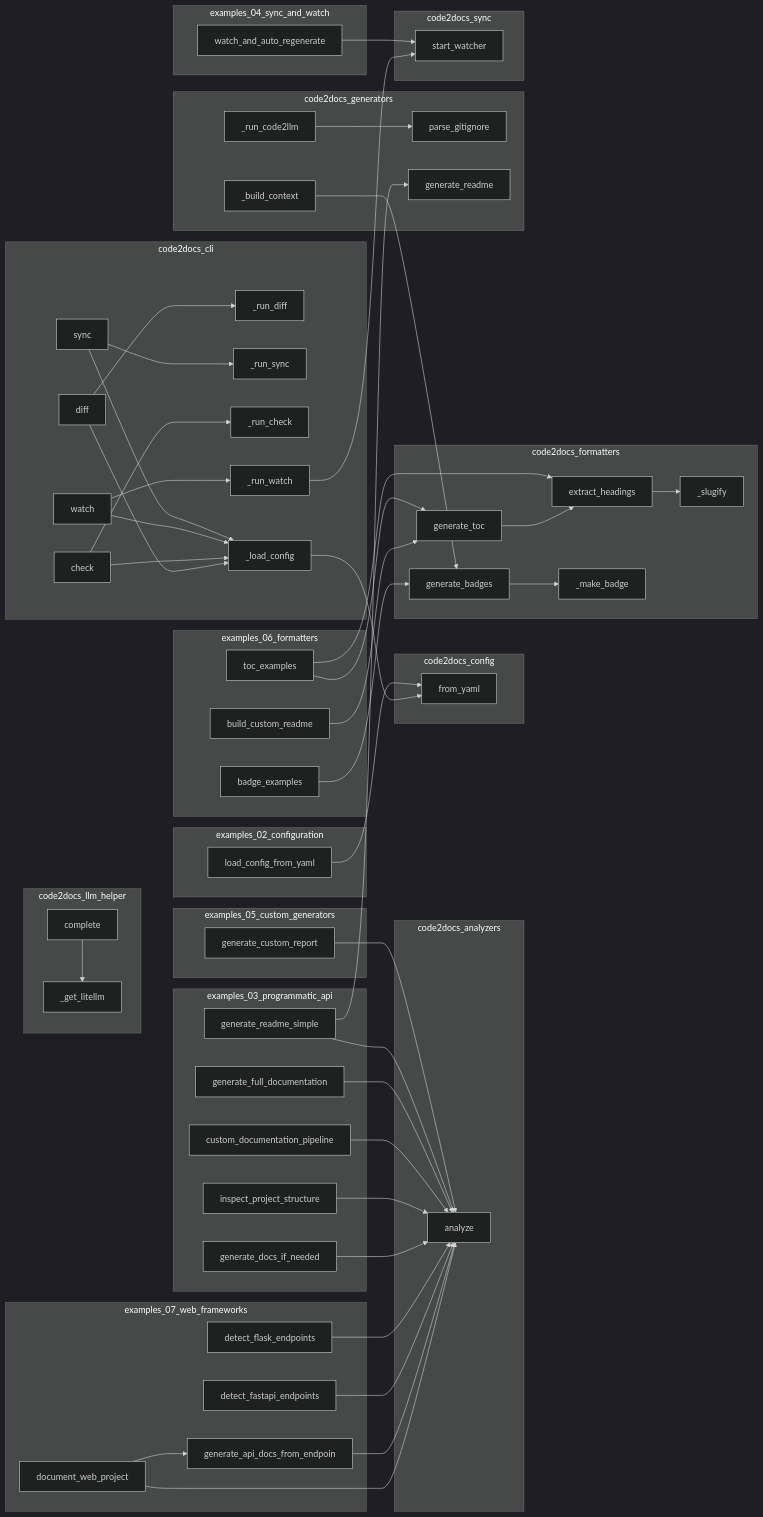
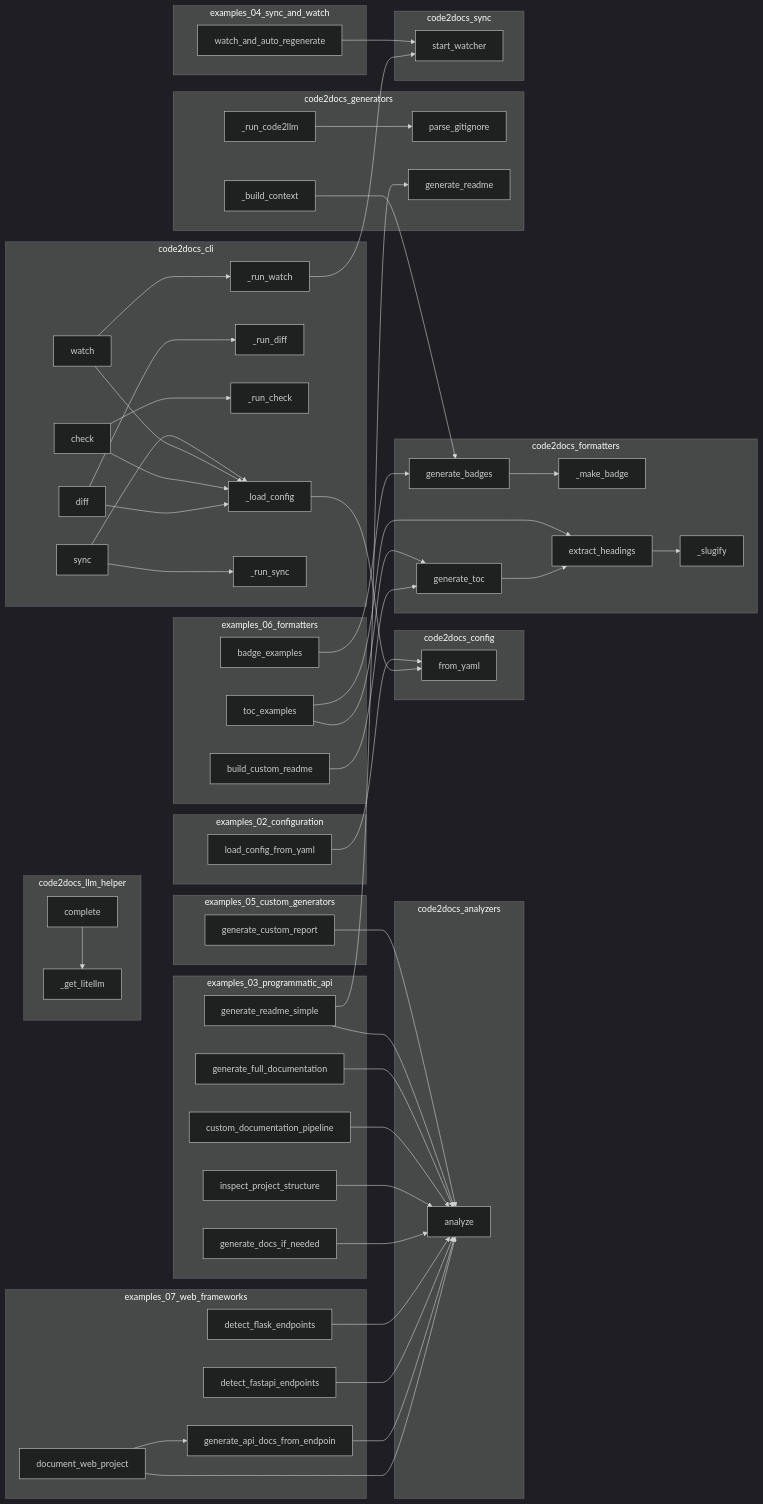
One commit to semcod/code2docs changed the diagram in project/calls.mmd. Above: the diagram before and after it, drawn with Mermaid (dark theme). The commit also changed other lines of this file and 27 other files, not shown here.

```diff
--- a/project/calls.mmd
+++ b/project/calls.mmd
@@ -1,99 +1,99 @@
 flowchart LR
     subgraph code2docs_analyzers
         code2docs__analyze["analyze"]
     end
     subgraph code2docs_cli
+        code2docs__cli___run_watch["_run_watch"]
+        code2docs__cli__check["check"]
+        code2docs__cli__sync["sync"]
         code2docs__cli___run_diff["_run_diff"]
-        code2docs__cli__sync["sync"]
+        code2docs__cli___run_check["_run_check"]
+        code2docs__cli__diff["diff"]
+        code2docs__cli___load_config["_load_config"]
+        code2docs__cli__watch["watch"]
         code2docs__cli___run_sync["_run_sync"]
-        code2docs__cli__watch["watch"]
-        code2docs__cli__diff["diff"]
-        code2docs__cli__check["check"]
-        code2docs__cli___run_check["_run_check"]
-        code2docs__cli___load_config["_load_config"]
-        code2docs__cli___run_watch["_run_watch"]
     end
     subgraph code2docs_config
         code2docs__config__Code2DocsConfig__from_yaml["from_yaml"]
     end
     subgraph code2docs_formatters
+        code2docs__formatters__badges___make_badge["_make_badge"]
         code2docs__formatters__toc__generate_toc["generate_toc"]
         code2docs__formatters__badges__generate_badges["generate_badges"]
         code2docs__formatters__toc__extract_headings["extract_headings"]
         code2docs__formatters__toc___slugify["_slugify"]
-        code2docs__formatters__badges___make_badge["_make_badge"]
     end
     subgraph code2docs_generators
-        code2docs___run_code2llm["_run_code2llm"]
         code2docs__parse_gitignore["parse_gitignore"]
         code2docs___build_context["_build_context"]
         code2docs__generators__readme_gen__generate_readme["generate_readme"]
+        code2docs___run_code2llm["_run_code2llm"]
     end
     subgraph code2docs_llm_helper
+        code2docs__llm_helper__LLMHelper__complete["complete"]
         code2docs__llm_helper___get_litellm["_get_litellm"]
-        code2docs__llm_helper__LLMHelper__complete["complete"]
     end
     subgraph code2docs_sync
         code2docs__sync__watcher__start_watcher["start_watcher"]
     end
     subgraph examples_02_configuration
         examples__02_configuration__load_config_from_yaml["load_config_from_yaml"]
     end
     subgraph examples_03_programmatic_api
+        examples__generate_readme_simple["generate_readme_simple"]
+        examples__generate_docs_if_needed["generate_docs_if_needed"]
+        examples__custom_documentation_pipeline["custom_documentation_pipeline"]
+        examples__generate_full_documentation["generate_full_documentation"]
         examples__inspect_project_structure["inspect_project_structure"]
-        examples__generate_full_documentation["generate_full_documentation"]
-        examples__generate_docs_if_needed["generate_docs_if_needed"]
-        examples__generate_readme_simple["generate_readme_simple"]
-        examples__custom_documentation_pipeline["custom_documentation_pipeline"]
     end
     subgraph examples_04_sync_and_watch
         examples__watch_and_auto_regenerate["watch_and_auto_regenerate"]
     end
     subgraph examples_05_custom_generators
         examples__generate_custom_report["generate_custom_report"]
     end
     subgraph examples_06_formatters
         examples__06_formatters__build_custom_readme["build_custom_readme"]
+        examples__06_formatters__toc_examples["toc_examples"]
         examples__06_formatters__badge_examples["badge_examples"]
-        examples__06_formatters__toc_examples["toc_examples"]
     end
     subgraph examples_07_web_frameworks
-        examples__detect_flask_endpoints["detect_flask_endpoints"]
         examples__07_web_frameworks__document_web_project["document_web_project"]
         examples__generate_api_docs_from_endpoints["generate_api_docs_from_endpoin"]
+        examples__detect_flask_endpoints["detect_flask_endpoints"]
         examples__detect_fastapi_endpoints["detect_fastapi_endpoints"]
     end
     code2docs__llm_helper__LLMHelper__complete --> code2docs__llm_helper___get_litellm
     examples__watch_and_auto_regenerate --> code2docs__sync__watcher__start_watcher
     examples__generate_custom_report --> code2docs__analyze
     examples__06_formatters__badge_examples --> code2docs__formatters__badges__generate_badges
     examples__06_formatters__toc_examples --> code2docs__formatters__toc__generate_toc
     examples__06_formatters__toc_examples --> code2docs__formatters__toc__extract_headings
     examples__06_formatters__build_custom_readme --> code2docs__formatters__toc__generate_toc
     examples__generate_readme_simple --> code2docs__analyze
     examples__generate_readme_simple --> code2docs__generators__readme_gen__generate_readme
     examples__generate_full_documentation --> code2docs__analyze
     examples__custom_documentation_pipeline --> code2docs__analyze
     examples__inspect_project_structure --> code2docs__analyze
     examples__generate_docs_if_needed --> code2docs__analyze
     examples__detect_flask_endpoints --> code2docs__analyze
     examples__detect_fastapi_endpoints --> code2docs__analyze
     examples__generate_api_docs_from_endpoints --> code2docs__analyze
     examples__07_web_frameworks__document_web_project --> code2docs__analyze
     examples__07_web_frameworks__document_web_project --> examples__generate_api_docs_from_endpoints
     examples__02_configuration__load_config_from_yaml --> code2docs__config__Code2DocsConfig__from_yaml
     code2docs__formatters__badges__generate_badges --> code2docs__formatters__badges___make_badge
     code2docs__formatters__toc__generate_toc --> code2docs__formatters__toc__extract_headings
     code2docs__formatters__toc__extract_headings --> code2docs__formatters__toc___slugify
     code2docs___build_context --> code2docs__formatters__badges__generate_badges
     code2docs___run_code2llm --> code2docs__parse_gitignore
     code2docs__cli__sync --> code2docs__cli___load_config
     code2docs__cli__sync --> code2docs__cli___run_sync
     code2docs__cli__watch --> code2docs__cli___load_config
     code2docs__cli__watch --> code2docs__cli___run_watch
     code2docs__cli__check --> code2docs__cli___load_config
     code2docs__cli__check --> code2docs__cli___run_check
     code2docs__cli__diff --> code2docs__cli___load_config
     code2docs__cli__diff --> code2docs__cli___run_diff
     code2docs__cli___load_config --> code2docs__config__Code2DocsConfig__from_yaml
     code2docs__cli___run_watch --> code2docs__sync__watcher__start_watcher
```
